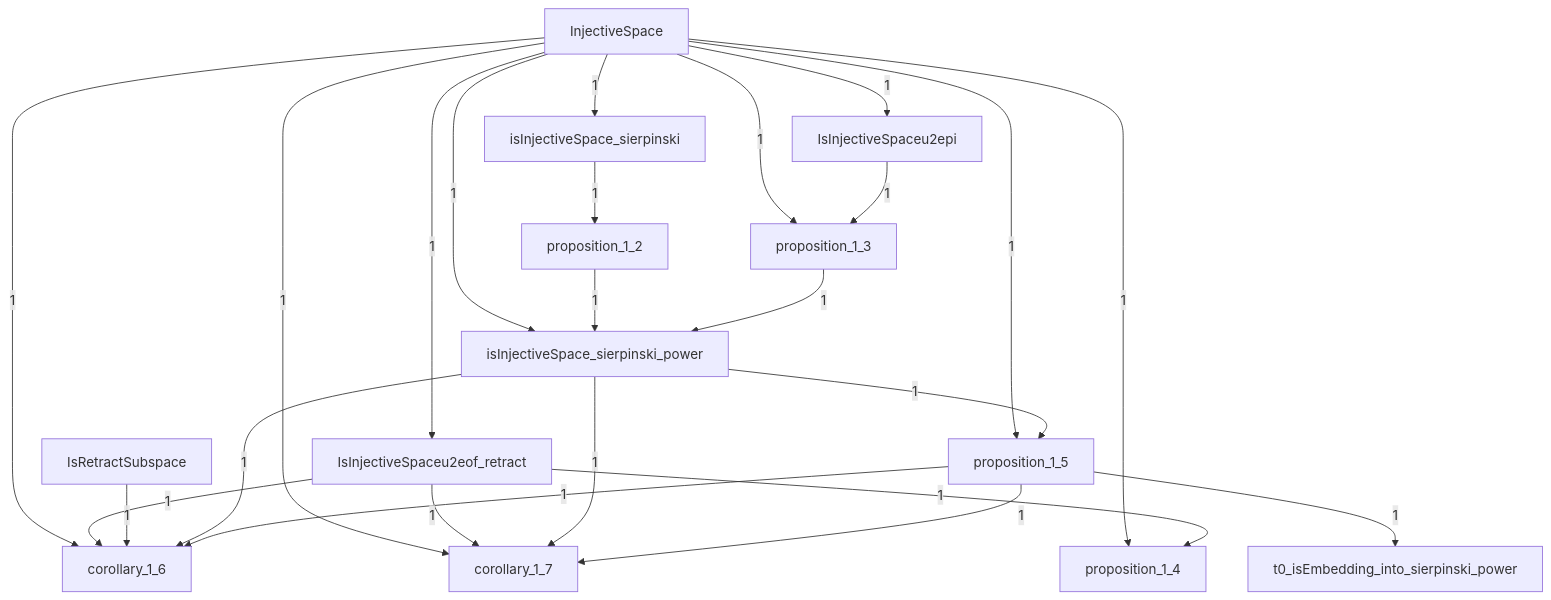
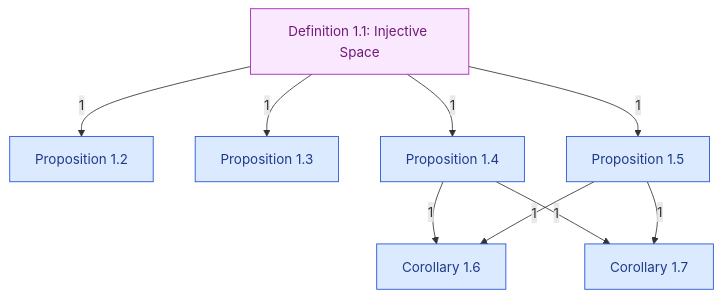
One commit to catskillsresearch/DomainTheory changed the diagram in DomainTheory/ContinuousLattice/Injective/Injective.mermaid. Above: the diagram before and after it, drawn with Mermaid. The commit also changed 2 other files, not shown here.

Commit message:
Use outline-note boxes for the injective spaces dependency diagram.
Regenerate Injective.mermaid from the section index bullets instead of per-Lean-file nodes so the chart matches the paper outline.

```diff
--- a/DomainTheory/ContinuousLattice/Injective/Injective.mermaid
+++ b/DomainTheory/ContinuousLattice/Injective/Injective.mermaid
@@ -1,45 +1,30 @@
-%% Inside Injective. A box is one Lean file in this folder, or one subfolder.
-%% A box named as another folder is that whole folder. A box named as another chapter is that whole chapter.
-%% The arrowhead points at the file or folder that imports. The label is how many direct imports.
+%% Notes of section 1, injective spaces, in paper order.
+%% Each box is one outline note from 1972_Injective_spaces.md.
+%% Arrowhead on the importer. The number is a direct-import count.
+%% An arrow already implied by a longer path is omitted.
+%% T0 spaces and absolute retracts have no Lean files.
 flowchart TB
 
-  N10["corollary_1_6"]
-  N11["corollary_1_7"]
-  N0["InjectiveSpace"]
-  N4["isInjectiveSpace_sierpinski"]
-  N7["isInjectiveSpace_sierpinski_power"]
-  N1["IsInjectiveSpaceu2eof_retract"]
-  N2["IsInjectiveSpaceu2epi"]
-  N3["IsRetractSubspace"]
-  N5["proposition_1_2"]
-  N6["proposition_1_3"]
-  N8["proposition_1_4"]
-  N9["proposition_1_5"]
-  N12["t0_isEmbedding_into_sierpinski_power"]
+  C16["Corollary 1.6"]
+  C17["Corollary 1.7"]
+  D11["Definition 1.1: Injective Space"]
+  P12["Proposition 1.2"]
+  P13["Proposition 1.3"]
+  P14["Proposition 1.4"]
+  P15["Proposition 1.5"]
 
-  N0 -->|"1"| N1
-  N0 -->|"1"| N10
-  N1 -->|"1"| N10
-  N3 -->|"1"| N10
-  N7 -->|"1"| N10
-  N9 -->|"1"| N10
-  N0 -->|"1"| N11
-  N1 -->|"1"| N11
-  N7 -->|"1"| N11
-  N9 -->|"1"| N11
-  N9 -->|"1"| N12
-  N0 -->|"1"| N2
-  N0 -->|"1"| N4
-  N4 -->|"1"| N5
-  N0 -->|"1"| N6
-  N2 -->|"1"| N6
-  N0 -->|"1"| N7
-  N5 -->|"1"| N7
-  N6 -->|"1"| N7
-  N0 -->|"1"| N8
-  N1 -->|"1"| N8
-  N0 -->|"1"| N9
-  N7 -->|"1"| N9
+  P14 -->|"1"| C16
+  P15 -->|"1"| C16
+  P14 -->|"1"| C17
+  P15 -->|"1"| C17
+  D11 -->|"1"| P12
+  D11 -->|"1"| P13
+  D11 -->|"1"| P14
+  D11 -->|"1"| P15
 
-  classDef file fill:#dbeafe,stroke:#1d4ed8,color:#1e3a8a
-  classDef ext fill:#f3f4f6,stroke:#374151,color:#111827
+  classDef concept fill:#dcfce7,stroke:#15803d,color:#14532d
+  classDef numbered fill:#dbeafe,stroke:#1d4ed8,color:#1e3a8a
+  classDef definition fill:#fae8ff,stroke:#a21caf,color:#701a75
+  class D11 definition
+  class P12,P13,P14,P15 numbered
+  class C16,C17 numbered
```
